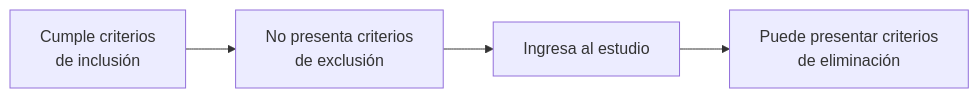
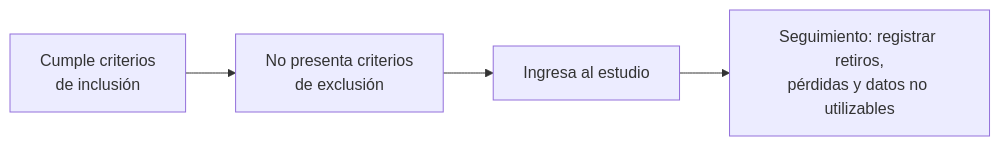
The diagram in libro/criterios_seleccion.qmd (chrisdewa/metodo), drawn with Mermaid before and after one commit. The commit also changed other lines of this file and 8 other files, not shown here.

````diff
--- a/libro/criterios_seleccion.qmd
+++ b/libro/criterios_seleccion.qmd
@@ -23,6 +26,6 @@
 ```{mermaid}
 flowchart LR
     A["Cumple criterios<br>de inclusión"] --> B["No presenta criterios<br>de exclusión"]
     B --> C["Ingresa al estudio"]
-    C --> D["Puede presentar criterios<br>de eliminación"]
+    C --> D["Seguimiento: registrar retiros,<br>pérdidas y datos no utilizables"]
 ```
````
